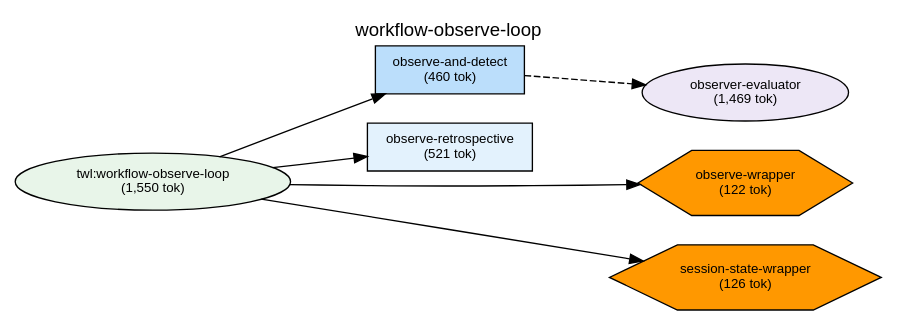
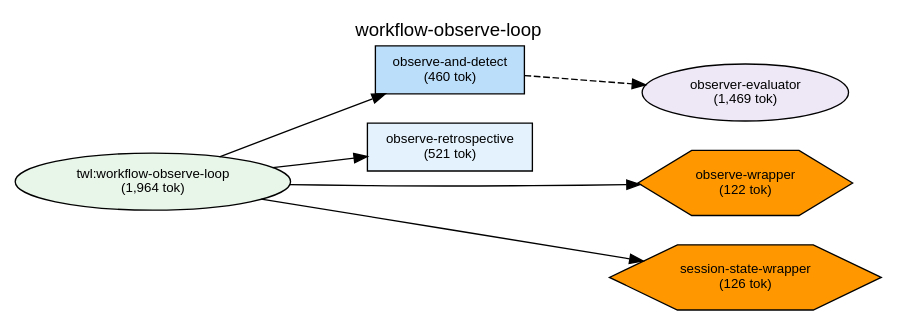
Before and after one commit to shuu5/twill: the diagram in plugins/twl/docs/deps-workflow-observe-loop.dot, drawn with Graphviz. The commit also changed 11 other files, not shown here.

```diff
--- a/plugins/twl/docs/deps-workflow-observe-loop.dot
+++ b/plugins/twl/docs/deps-workflow-observe-loop.dot
@@ -1,57 +1,57 @@
 digraph Dependencies {
     // Graph settings
     rankdir=LR;
     ranksep=0.8;
     nodesep=0.3;
     fontname="Helvetica";
     node [fontname="Helvetica", fontsize=10];
     edge [fontname="Helvetica", fontsize=9];
     label="workflow-observe-loop";
     labelloc=t;
     fontsize=14;
 
     // L0: Controller Skills
 
     // L0: Launchers
 
     // L0.5: Workflow Skills
-    skill_workflow_observe_loop [label="twl:workflow-observe-loop\n(1,550 tok)", shape=ellipse, style=filled, fillcolor="#e8f5e9"];
+    skill_workflow_observe_loop [label="twl:workflow-observe-loop\n(1,964 tok)", shape=ellipse, style=filled, fillcolor="#e8f5e9"];
 
     // Reference Skills
 
     // L1: Direct Commands
     cmd_observe_and_detect [label="observe-and-detect\n(460 tok)", shape=box, style=filled, fillcolor="#bbdefb"];
     cmd_observe_retrospective [label="observe-retrospective\n(521 tok)", shape=box, style=filled, fillcolor="#e3f2fd"];
 
     // L2: Sub Commands
 
     // L3: Agents
     agent_observer_evaluator [label="observer-evaluator\n(1,469 tok)", shape=ellipse, style=filled, fillcolor="#ede7f6"];
 
     // L3.5: Scripts
     script_observe_wrapper [label="observe-wrapper\n(122 tok)", shape=hexagon, style=filled, fillcolor="#FF9800"];
     script_session_state_wrapper [label="session-state-wrapper\n(126 tok)", shape=hexagon, style=filled, fillcolor="#FF9800"];
 
     // L4: External
 
     // Layer constraints
     { rank=same; skill_workflow_observe_loop; }
     { rank=same; cmd_observe_and_detect; cmd_observe_retrospective; }
     { rank=same; agent_observer_evaluator; }
     { rank=same; script_observe_wrapper; script_session_state_wrapper; }
 
     // Edges
     skill_workflow_observe_loop -> cmd_observe_and_detect;
     skill_workflow_observe_loop -> cmd_observe_retrospective;
     skill_workflow_observe_loop -> script_observe_wrapper;
     skill_workflow_observe_loop -> script_session_state_wrapper;
     cmd_observe_and_detect -> agent_observer_evaluator [style=dashed];
 
     // Ordering constraints (invisible edges)
     cmd_observe_retrospective -> agent_observer_evaluator [style=invis, weight=10];
     cmd_observe_and_detect -> cmd_observe_retrospective [style=invis, weight=10];
     cmd_observe_retrospective -> script_observe_wrapper [style=invis, weight=10];
     script_observe_wrapper -> script_session_state_wrapper [style=invis, weight=10];
     script_observe_wrapper -> script_session_state_wrapper [style=invis, weight=10];
 
 }
```
